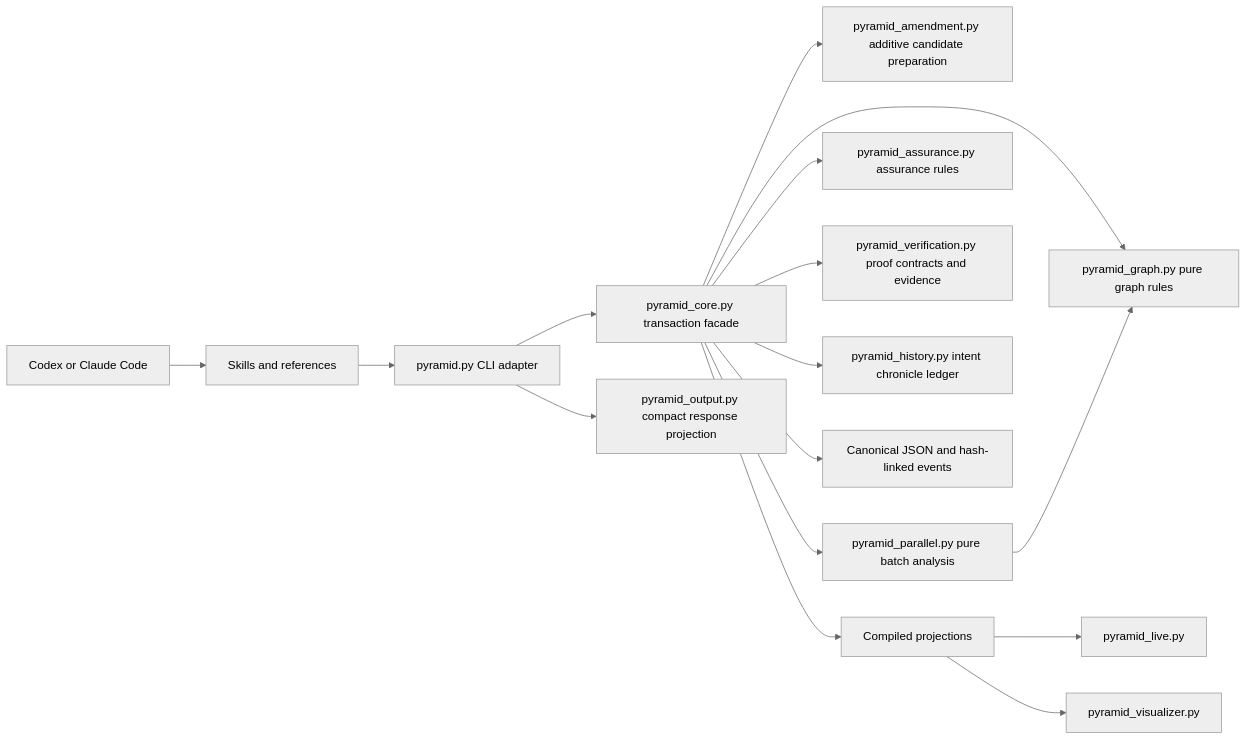
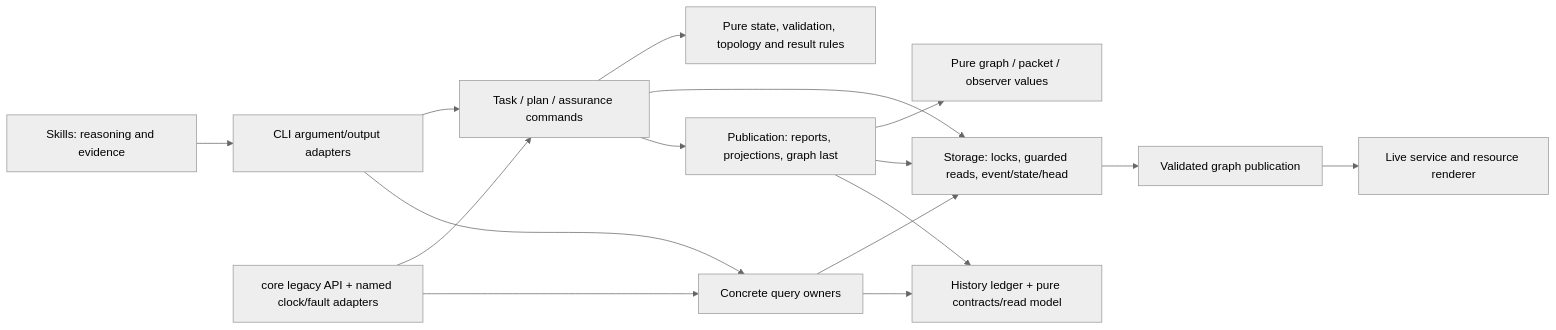
The first of 2 diagrams in docs/architecture.md (KMerdan/pyramid-task), drawn with Mermaid (neutral theme) before and after one commit. The commit also changed other lines of this file and 88 other files, not shown here.

First line of the commit message:
refactor: release Pyramid Task 4.2.1

````diff
--- a/docs/architecture.md
+++ b/docs/architecture.md
@@ -26,18 +36,18 @@
 ```mermaid
 flowchart LR
-    H["Codex or Claude Code"] --> K["Skills and references"]
-    K --> CLI["pyramid.py CLI adapter"]
-    CLI --> CORE["pyramid_core.py transaction facade"]
-    CLI --> OUTPUT["pyramid_output.py compact response projection"]
-    CORE --> AMEND["pyramid_amendment.py additive candidate preparation"]
-    CORE --> GRAPH["pyramid_graph.py pure graph rules"]
-    CORE --> PAR["pyramid_parallel.py pure batch analysis"]
-    PAR --> GRAPH
-    CORE --> ASSURE["pyramid_assurance.py assurance rules"]
-    CORE --> PROOF["pyramid_verification.py proof contracts and evidence"]
-    CORE --> HISTORY["pyramid_history.py intent chronicle ledger"]
-    CORE --> STORE["Canonical JSON and hash-linked events"]
-    CORE --> VIEW["Compiled projections"]
-    VIEW --> LIVE["pyramid_live.py"]
-    VIEW --> VIS["pyramid_visualizer.py"]
+    K["Skills: reasoning and evidence"] --> CLI["CLI argument/output adapters"]
+    CLI --> CMD["Task / plan / assurance commands"]
+    CMD --> RULE["Pure state, validation, topology and result rules"]
+    CMD --> STORE["Storage: locks, guarded reads, event/state/head"]
+    CMD --> PUB["Publication: reports, projections, graph last"]
+    PUB --> VALUE["Pure graph / packet / observer values"]
+    PUB --> STORE
+    CLI --> QUERY["Concrete query owners"]
+    QUERY --> STORE
+    QUERY --> HIST["History ledger + pure contracts/read model"]
+    PUB --> HIST
+    STORE --> VIEW["Validated graph publication"]
+    VIEW --> LIVE["Live service and resource renderer"]
+    FACADE["core legacy API + named clock/fault adapters"] --> CMD
+    FACADE --> QUERY
 ```
````
